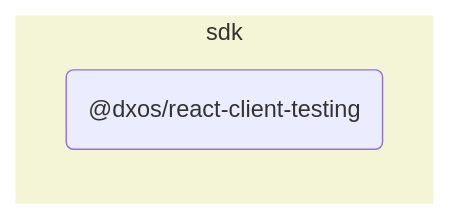
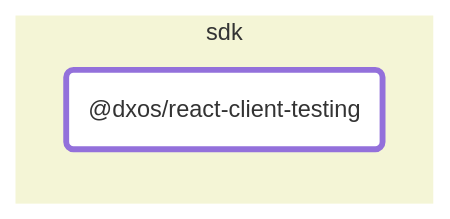
The diagram in packages/sdk/react-client-testing/docs/README.md (dxos/dxos), drawn with Mermaid before and after one commit. The commit also changed other lines of this file and 88 other files, not shown here.

````diff
--- a/packages/sdk/react-client-testing/docs/README.md
+++ b/packages/sdk/react-client-testing/docs/README.md
@@ -5,9 +7,12 @@
 ```mermaid
 flowchart LR;
+
+style dxos/react-client-testing fill:#fff,stroke-width:4px;
+
 
 subgraph sdk
   style sdk fill:#f4f5d6,stroke:#fff;
   dxos/react-client-testing("@dxos/react-client-testing");
 end
 
 ```
````
